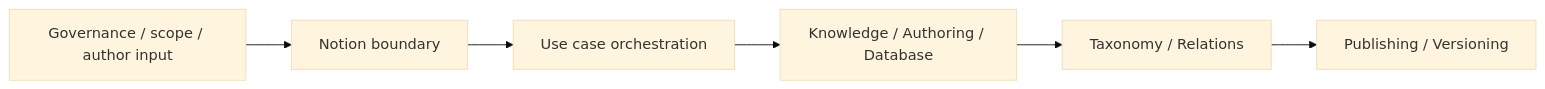
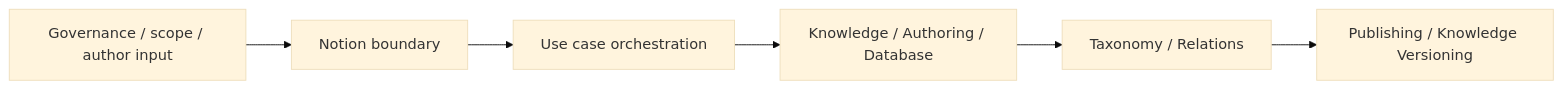
One commit to 122sp7/xuanwu-app changed the second of 2 diagrams in docs/contexts/notion/bounded-contexts.md. Above: the diagram before and after it, drawn with Mermaid (base theme). The commit also changed other lines of this file and 9 other files, not shown here.

````diff
--- a/docs/contexts/notion/bounded-contexts.md
+++ b/docs/contexts/notion/bounded-contexts.md
@@ -63,8 +65,8 @@
 ```mermaid
 flowchart LR
 	Input["Governance / scope / author input"] --> Boundary["Notion boundary"]
 	Boundary --> App["Use case orchestration"]
 	App --> Knowledge["Knowledge / Authoring / Database"]
 	Knowledge --> Taxonomy["Taxonomy / Relations"]
-	Taxonomy --> Publishing["Publishing / Versioning"]
+	Taxonomy --> Publishing["Publishing / Knowledge Versioning"]
 ```
````
